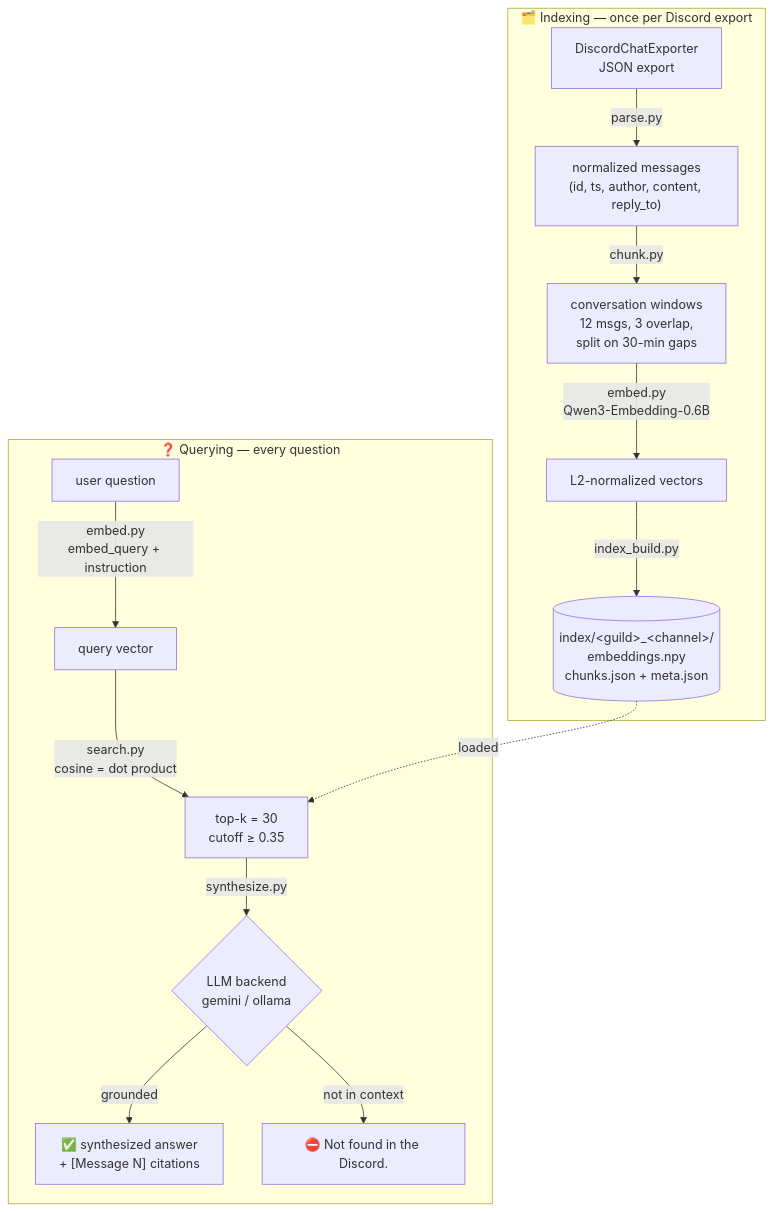
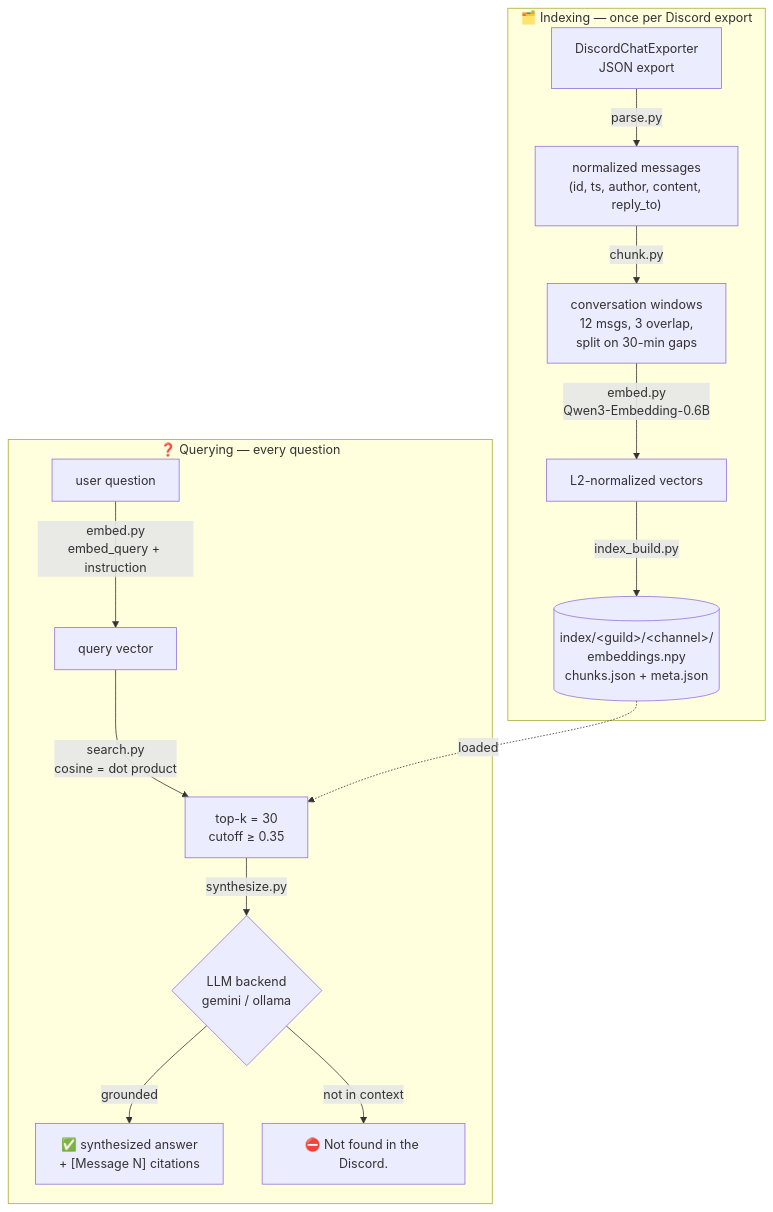
One commit to mattr13000/discord-answerer changed the first of 4 diagrams in ARCHITECTURE.md. Above: the diagram before and after it, drawn with Mermaid. The commit also changed other lines of this file and 7 other files, not shown here.

````diff
--- a/ARCHITECTURE.md
+++ b/ARCHITECTURE.md
@@ -19,18 +19,18 @@
 ```mermaid
 flowchart TD
     subgraph INGEST["🗂️ Indexing — once per Discord export"]
         A["DiscordChatExporter<br/>JSON export"] -->|parse.py| B["normalized messages<br/>(id, ts, author, content, reply_to)"]
         B -->|chunk.py| C["conversation windows<br/>12 msgs, 3 overlap,<br/>split on 30-min gaps"]
         C -->|embed.py<br/>Qwen3-Embedding-0.6B| D["L2-normalized vectors"]
-        D -->|index_build.py| E[("index/&lt;guild&gt;_&lt;channel&gt;/<br/>embeddings.npy<br/>chunks.json + meta.json")]
+        D -->|index_build.py| E[("index/&lt;guild&gt;/&lt;channel&gt;/<br/>embeddings.npy<br/>chunks.json + meta.json")]
     end
 
     subgraph QUERY["❓ Querying — every question"]
         Q["user question"] -->|embed.py<br/>embed_query + instruction| QV["query vector"]
         QV -->|search.py<br/>cosine = dot product| TOPK["top-k = 30<br/>cutoff ≥ 0.35"]
         E -.loaded.-> TOPK
         TOPK -->|synthesize.py| LLM{"LLM backend<br/>gemini / ollama"}
         LLM -->|grounded| ANS["✅ synthesized answer<br/>+ [Message N] citations"]
         LLM -->|not in context| NF["⛔ Not found in the Discord."]
     end
 ```
````
